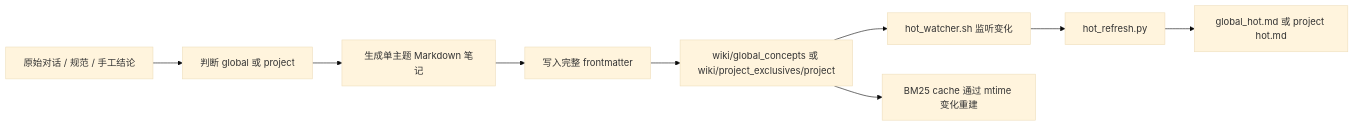
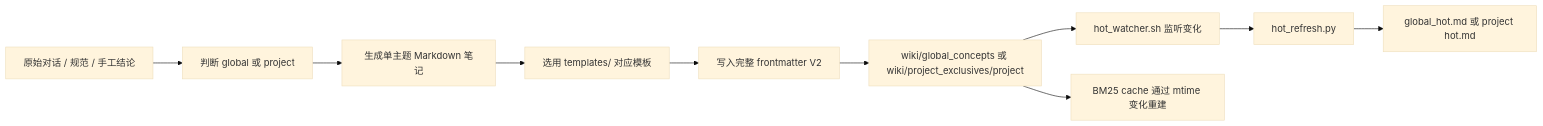
The second of 6 diagrams in docs/memory-repository-technical-solution.md (freezestanley/member), drawn with Mermaid (base theme) before and after one commit. The commit also changed other lines of this file and 24 other files, not shown here.

````diff
--- a/docs/memory-repository-technical-solution.md
+++ b/docs/memory-repository-technical-solution.md
@@ -161,11 +224,12 @@
 ```mermaid
 flowchart LR
     Raw[原始对话 / 规范 / 手工结论] --> Classify[判断 global 或 project]
     Classify --> Note[生成单主题 Markdown 笔记]
-    Note --> FM[写入完整 frontmatter]
+    Note --> Tmpl[选用 templates/ 对应模板]
+    Tmpl --> FM[写入完整 frontmatter V2]
     FM --> Wiki[wiki/global_concepts 或 wiki/project_exclusives/project]
     Wiki --> Watcher[hot_watcher.sh 监听变化]
     Watcher --> Refresh[hot_refresh.py]
     Refresh --> Hot[global_hot.md 或 project hot.md]
     Wiki --> Cache[BM25 cache 通过 mtime 变化重建]
 ```
````
